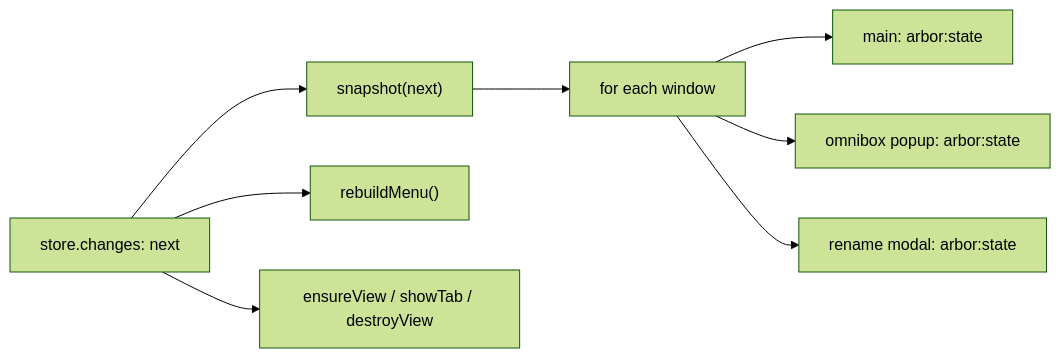
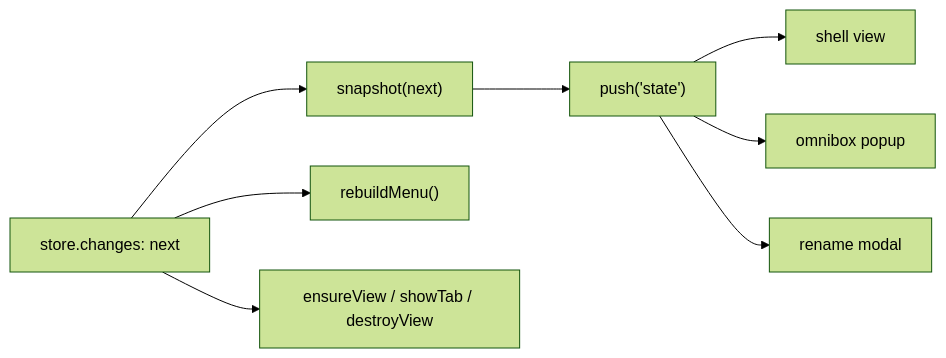
One commit to rom100main/arbor changed the third of 3 diagrams in docs/architecture/02-ipc.md. Above: the diagram before and after it, drawn with Mermaid (forest theme). The commit also changed other lines of this file and 3 other files, not shown here.

````diff
--- a/docs/architecture/02-ipc.md
+++ b/docs/architecture/02-ipc.md
@@ -60,10 +76,10 @@
 ```mermaid
 flowchart LR
     Commit["store.changes: next"] --> Snap["snapshot(next)"]
-    Snap --> All["for each window"]
-    All --> W1["main: arbor:state"]
-    All --> W2["omnibox popup: arbor:state"]
-    All --> W3["rename modal: arbor:state"]
+    Snap --> Push["push('state')"]
+    Push --> W1["shell view"]
+    Push --> W2["omnibox popup"]
+    Push --> W3["rename modal"]
     Commit --> Menu["rebuildMenu()"]
     Commit --> Views["ensureView / showTab / destroyView"]
 ```
````
